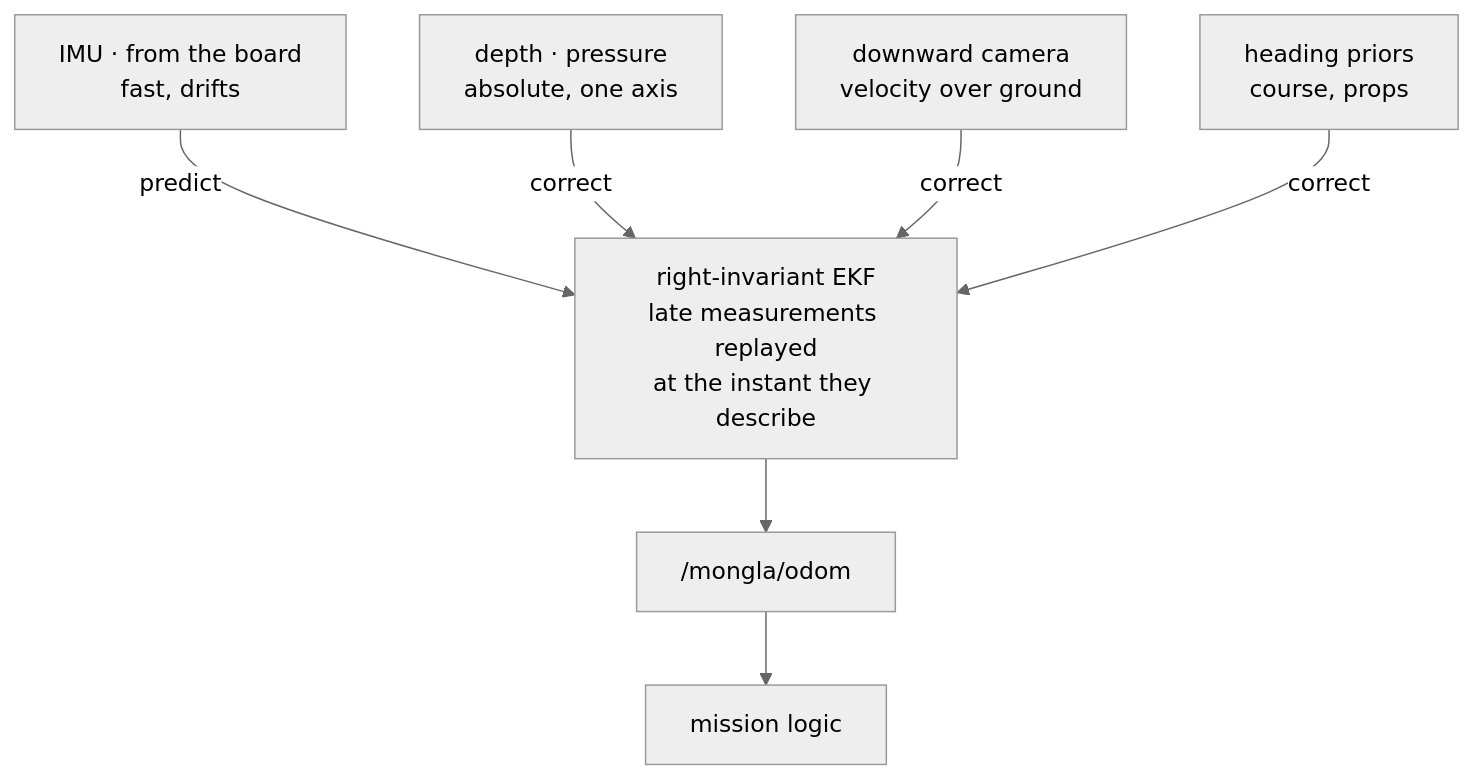
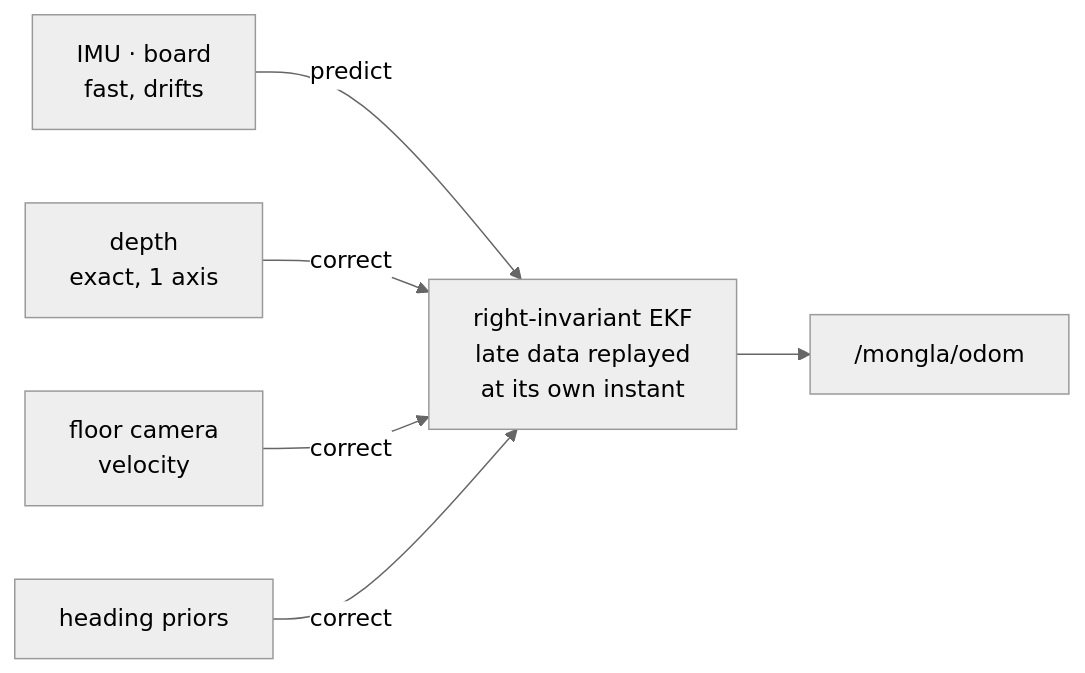
The sixth of 10 diagrams in README.md (fh1m/duburi_ws), drawn with Mermaid (neutral theme) before and after one commit. The commit also changed other lines of this file, not shown here.

````diff
--- a/README.md
+++ b/README.md
@@ -328,9 +318,8 @@
 ```mermaid
-flowchart TB
-    IMU["IMU · from the board<br/>fast, drifts"] -->|predict| EKF
-    DEP["depth · pressure<br/>absolute, one axis"] -->|correct| EKF
-    FLOW["downward camera<br/>velocity over ground"] -->|correct| EKF
-    HDG["heading priors<br/>course, props"] -->|correct| EKF
-    EKF["right-invariant EKF<br/>late measurements replayed<br/>at the instant they describe"] --> ODOM["/mongla/odom"]
-    ODOM --> MIS["mission logic"]
+flowchart LR
+    IMU["IMU · board<br/>fast, drifts"] -->|predict| EKF
+    DEP["depth<br/>exact, 1 axis"] -->|correct| EKF
+    FLOW["floor camera<br/>velocity"] -->|correct| EKF
+    HDG["heading priors"] -->|correct| EKF
+    EKF["right-invariant EKF<br/>late data replayed<br/>at its own instant"] --> ODOM["/mongla/odom"]
 ```
````
